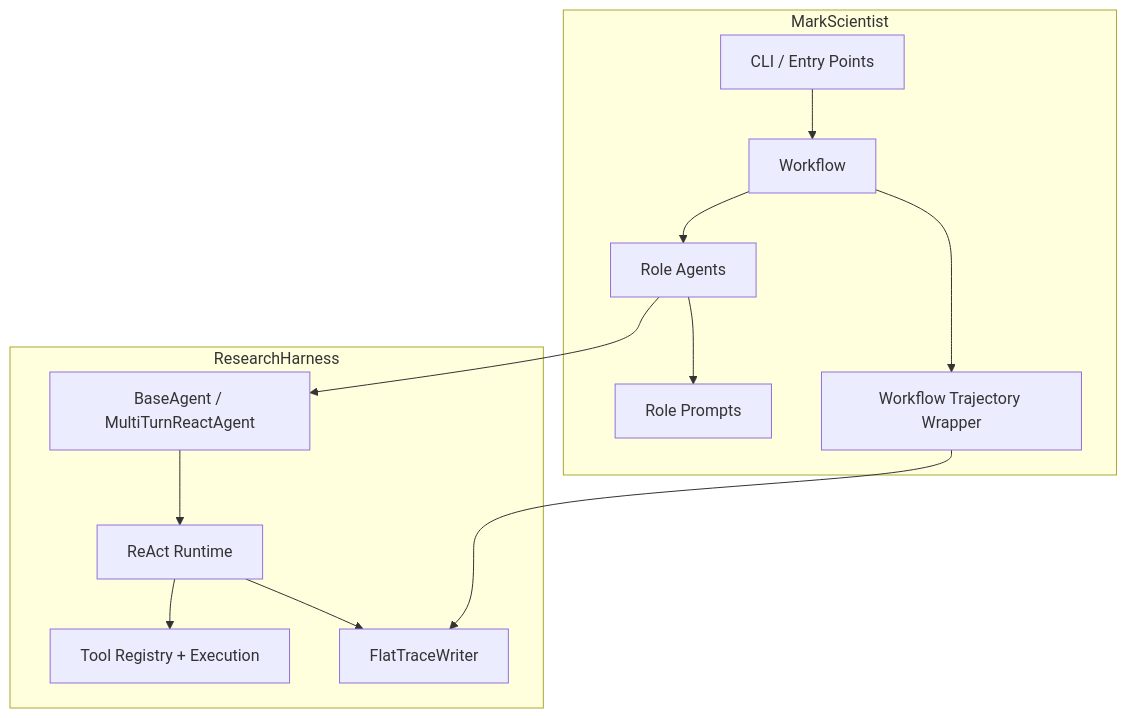
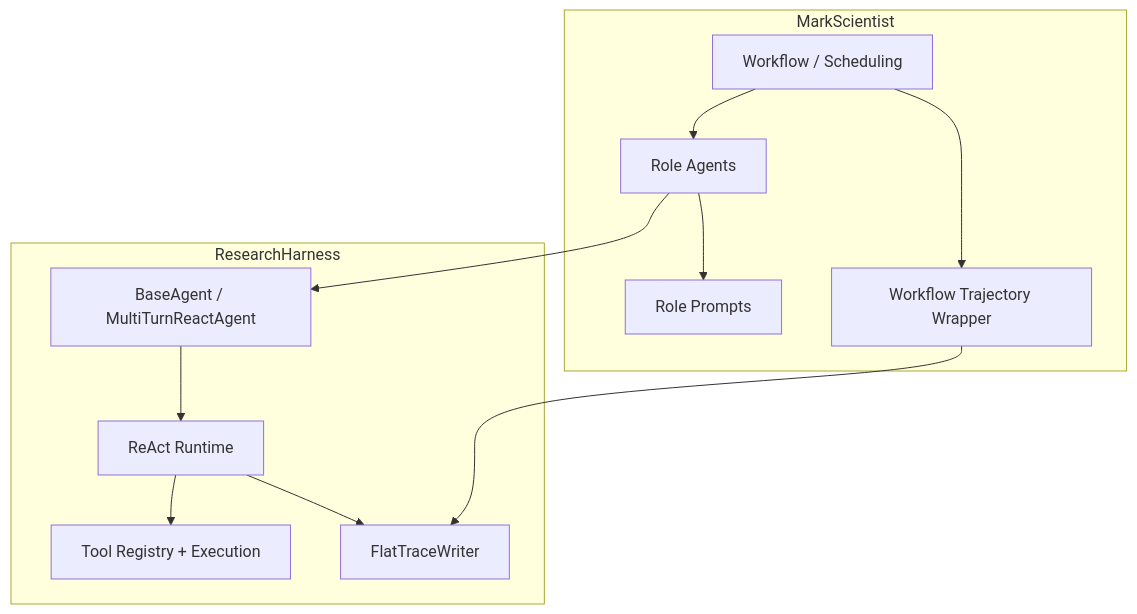
Before and after one commit to robbenplus/MarkScientist: the second of 2 diagrams in README.md, drawn with Mermaid. The commit also changed other lines of this file, not shown here.

Commit message:
Clarify README architecture diagrams

````diff
--- a/README.md
+++ b/README.md
@@ -62,22 +58,21 @@
 ```mermaid
 flowchart TD
     subgraph MS[MarkScientist]
-        CLI[CLI / Entry Points] --> WF[Workflow]
-        WF --> AG[Role Agents]
+        WF[Workflow / Scheduling] --> AG[Role Agents]
         AG --> RP[Role Prompts]
         WF --> WR[Workflow Trajectory Wrapper]
     end
 
     subgraph RH[ResearchHarness]
         AB[BaseAgent / MultiTurnReactAgent]
         LOOP[ReAct Runtime]
         TOOLS[Tool Registry + Execution]
         TRACE[FlatTraceWriter]
     end
 
     AG --> AB
     AB --> LOOP
     LOOP --> TOOLS
     LOOP --> TRACE
     WR --> TRACE
 ```
````
